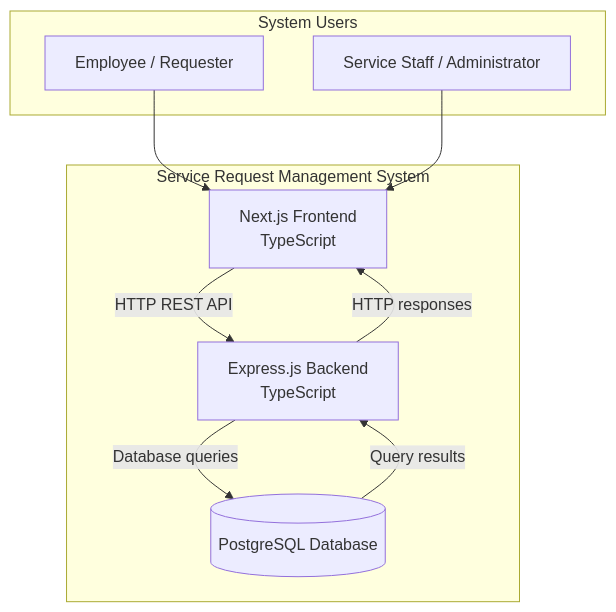
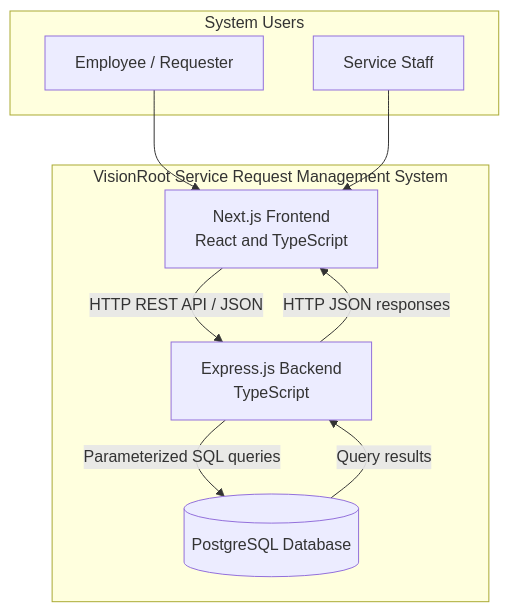
The second of 3 diagrams in docs/architecture.md (SilvaDeShakila/VisionRoot-Software-Engineering-Training), drawn with Mermaid before and after one commit. The commit also changed other lines of this file and 3 other files, not shown here.

````diff
--- a/docs/architecture.md
+++ b/docs/architecture.md
@@ -48,20 +47,20 @@
 ```mermaid
 flowchart TB
     subgraph Users["System Users"]
         Employee["Employee / Requester"]
-        Staff["Service Staff / Administrator"]
+        Staff["Service Staff"]
     end
 
-    subgraph Application["Service Request Management System"]
-        Frontend["Next.js Frontend<br/>TypeScript"]
+    subgraph Application["VisionRoot Service Request Management System"]
+        Frontend["Next.js Frontend<br/>React and TypeScript"]
         Backend["Express.js Backend<br/>TypeScript"]
         Database[("PostgreSQL Database")]
     end
 
     Employee --> Frontend
     Staff --> Frontend
-    Frontend -->|"HTTP REST API"| Backend
-    Backend -->|"Database queries"| Database
+    Frontend -->|"HTTP REST API / JSON"| Backend
+    Backend -->|"Parameterized SQL queries"| Database
     Database -->|"Query results"| Backend
-    Backend -->|"HTTP responses"| Frontend
+    Backend -->|"HTTP JSON responses"| Frontend
 ```
````
